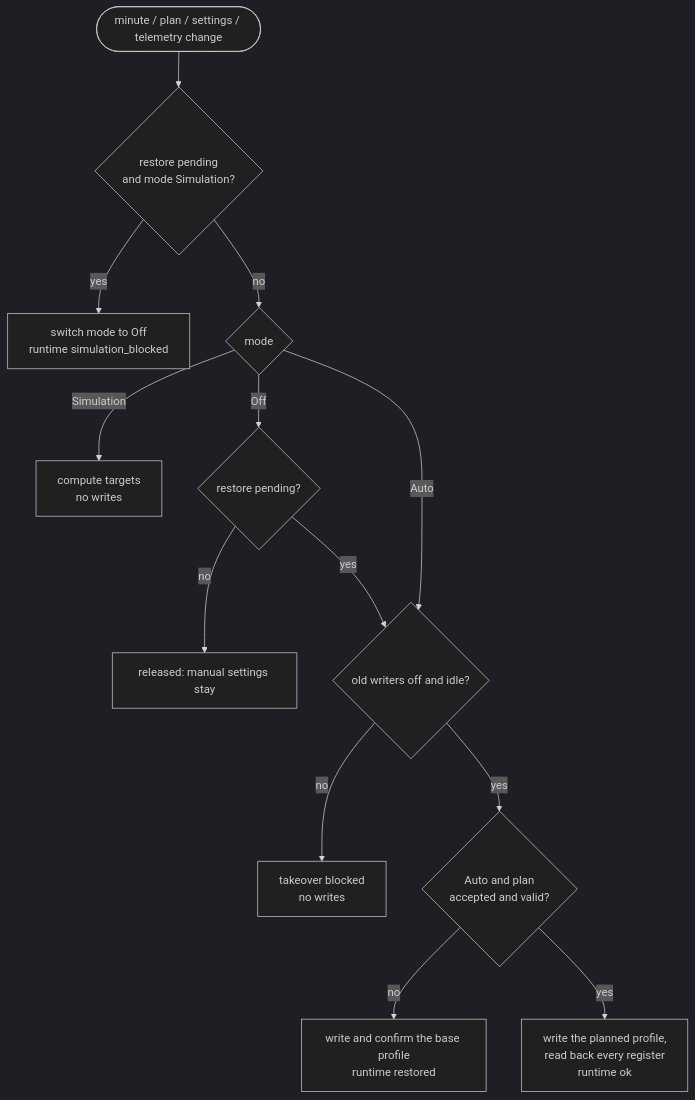
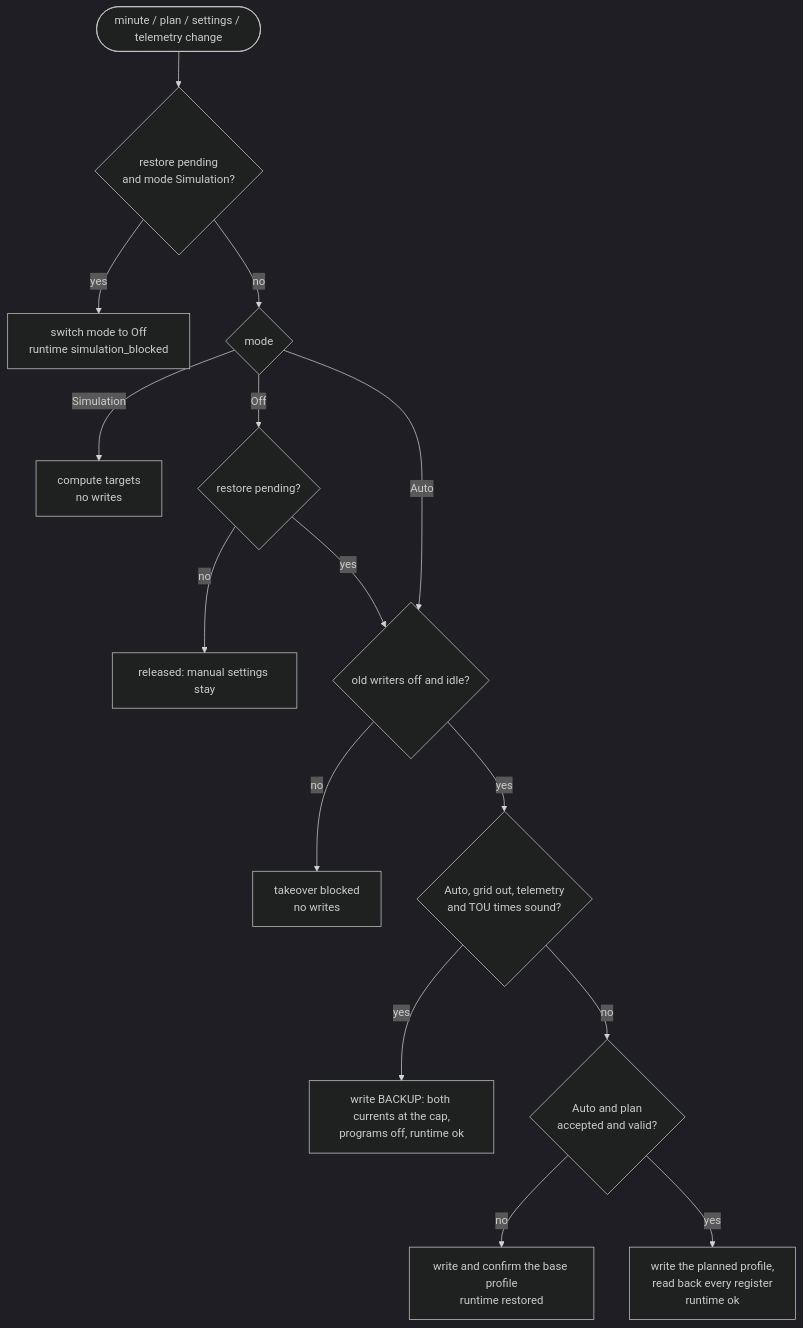
Before and after one commit to datamindzio/ha-energy-compass: diagram 15 of 15 in docs/guide.en.md, drawn with Mermaid (dark theme). The commit also changed other lines of this file and 21 other files, not shown here.

First line of the commit message:
docs(T-124): grid outage safety — BACKUP, buffer current, TOU-floor hold, outage sensor and messages (T10)

````diff
--- a/docs/guide.en.md
+++ b/docs/guide.en.md
@@ -2306,15 +2334,17 @@
 ```mermaid
 flowchart TD
     T([minute / plan / settings / telemetry change]) --> R{restore pending<br/>and mode Simulation?}
     R -- yes --> OFF1[switch mode to Off<br/>runtime simulation_blocked]
     R -- no --> M{mode}
     M -- Simulation --> SIM[compute targets<br/>no writes]
     M -- Off --> P{restore pending?}
     P -- no --> REL[released: manual settings stay]
     P -- yes --> W{old writers off and idle?}
     M -- Auto --> W
     W -- no --> BLK[takeover blocked<br/>no writes]
-    W -- yes --> V{Auto and plan<br/>accepted and valid?}
+    W -- yes --> O{Auto, grid out, telemetry<br/>and TOU times sound?}
+    O -- yes --> BK[write BACKUP: both currents at the cap,<br/>programs off, runtime ok]
+    O -- no --> V{Auto and plan<br/>accepted and valid?}
     V -- no --> BASE[write and confirm the base profile<br/>runtime restored]
     V -- yes --> APPLY[write the planned profile,<br/>read back every register<br/>runtime ok]
 ```
````
